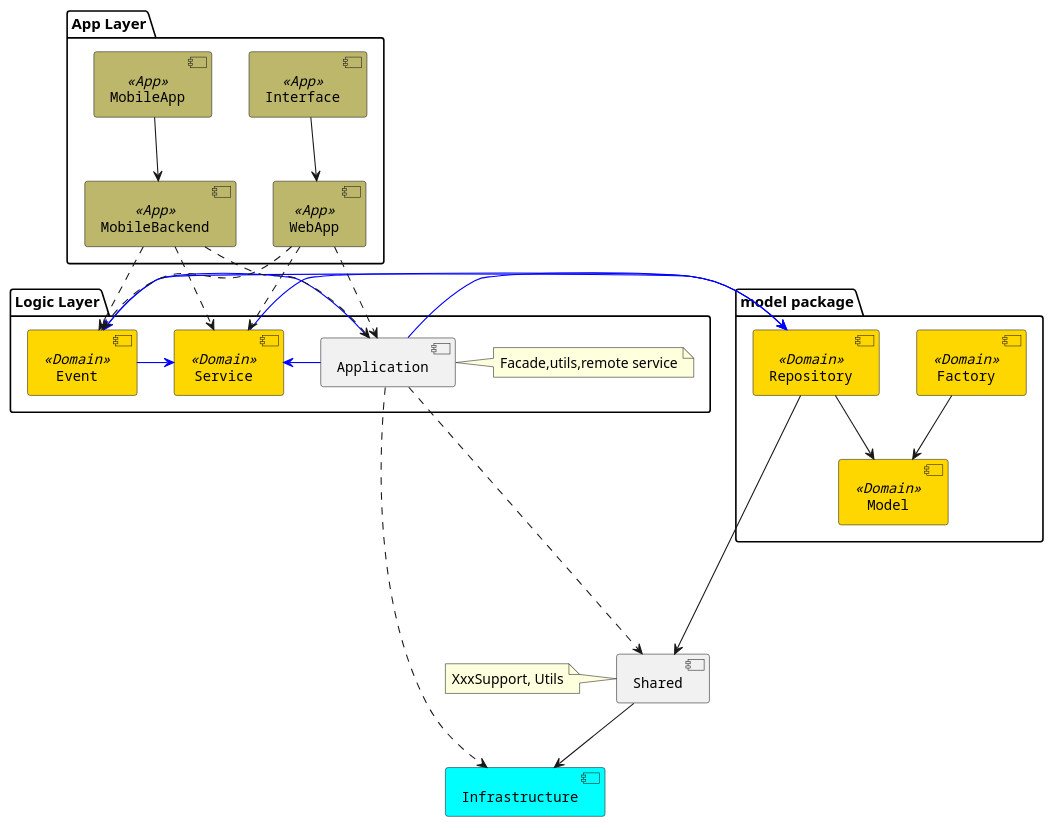
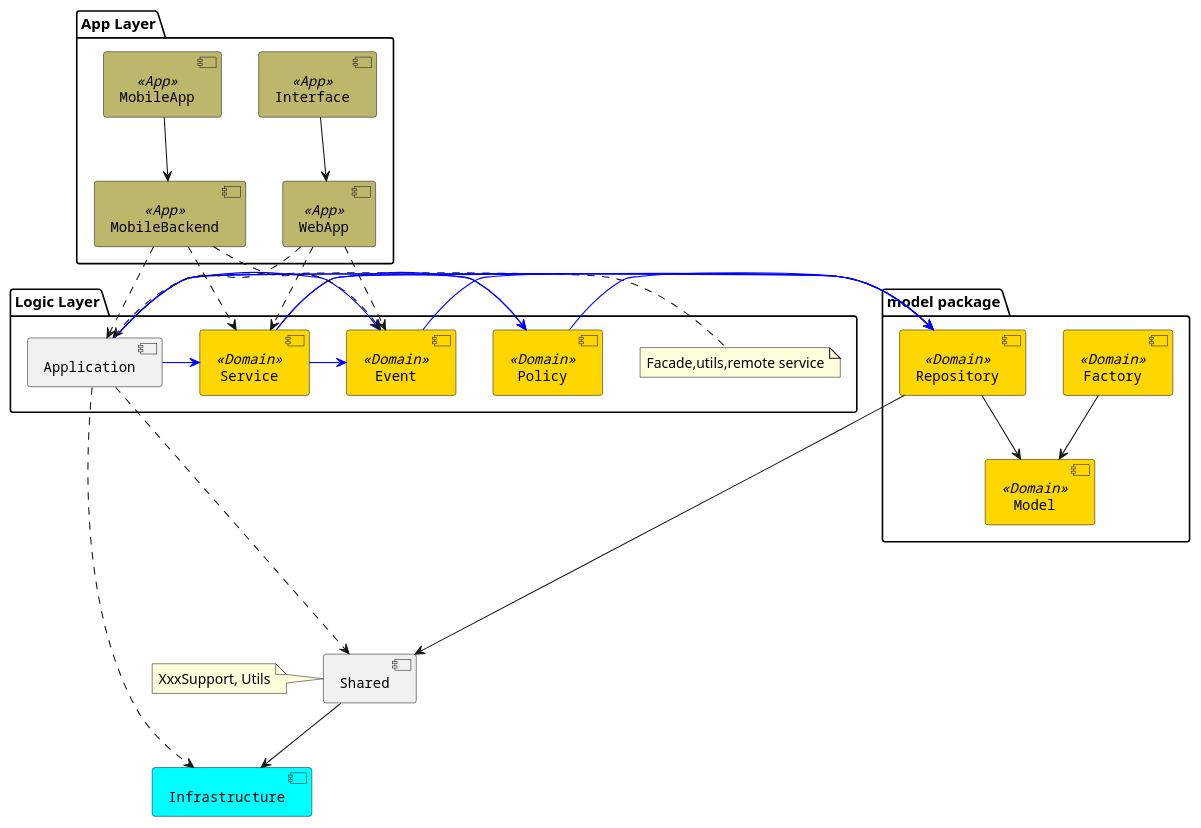
One commit to linux-china/ddd-base changed the diagram in src/main/puml/ddd-components.puml. Above: the diagram before and after it, drawn with PlantUML.

Commit message:
调整结构

```diff
--- a/src/main/puml/ddd-components.puml
+++ b/src/main/puml/ddd-components.puml
@@ -1,55 +1,59 @@
 @startuml
 
 [Infrastructure] #Aqua
 [Shared]
 note left of Shared : XxxSupport, Utils
 
 package "model package" {
    [Model] <<Domain>>
    [Repository] <<Domain>>
    [Factory] <<Domain>>
 }
 package "Logic Layer" {
    [Service] <<Domain>>
    [Event] <<Domain>>
+   [Policy] <<Domain>>
    [Application]
    note right of Application : Facade,utils,remote service
 }
 
 package "App Layer" {
     [WebApp] <<App>>
     [MobileBackend] <<App>>
     [Interface] <<App>>
     [MobileApp] <<App>>
 }
 
 [Shared] --> [Infrastructure]
 [Repository] --> [Shared]
 [Repository] --> [Model]
 [Service] -[#0000FF]> [Repository]
+[Service] -[#0000FF]> [Policy]
+[Service] -[#0000FF]> [Event]
+[Policy] -[#0000FF]> [Repository]
 [Factory] --> [Model]
-[Event] -[#0000FF]> [Service]
 [Event] -[#0000FF]> [Repository]
 [Application] -[#0000FF]> [Repository]
 [Application] -[#0000FF]> [Service]
 [Application] -[#0000FF]> [Event]
+[Application] -[#0000FF]> [Policy]
 [Application] ....> [Infrastructure]
 [Application] ....> [Shared]
 
 [WebApp] ..> [Application]
 [WebApp] ..> [Service]
 [WebApp] ..> [Event]
 [Interface] --> [WebApp]
 [MobileBackend] ..> [Application]
 [MobileBackend] ..> [Service]
 [MobileBackend] ..> [Event]
 [MobileApp] --> [MobileBackend]
 
 skinparam component {
   FontSize 13
   BackgroundColor<<Domain>> gold
   BackgroundColor<<App>> DarkKhaki
   FontName Courier
 }
 
 @enduml
```
